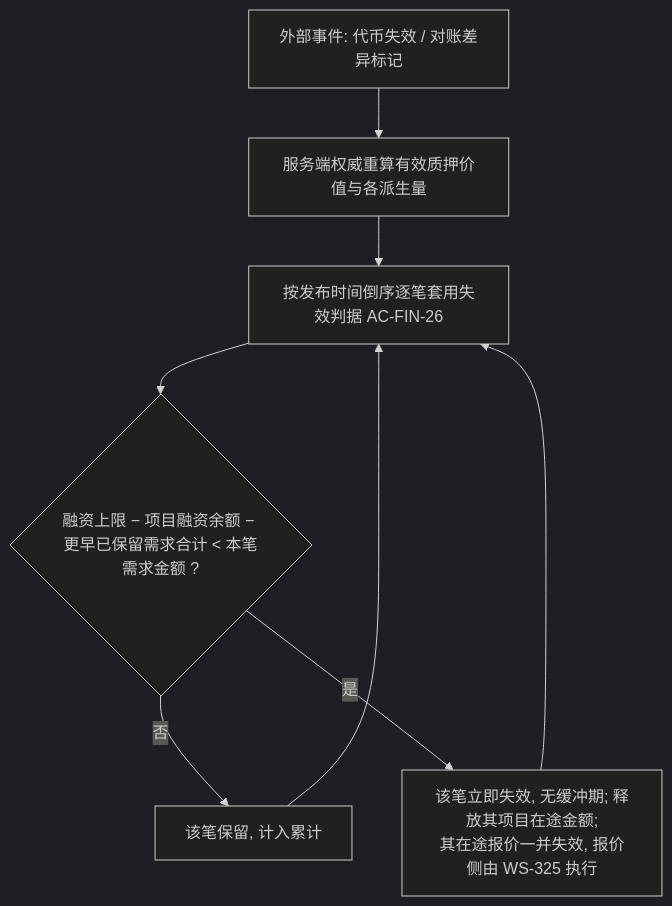
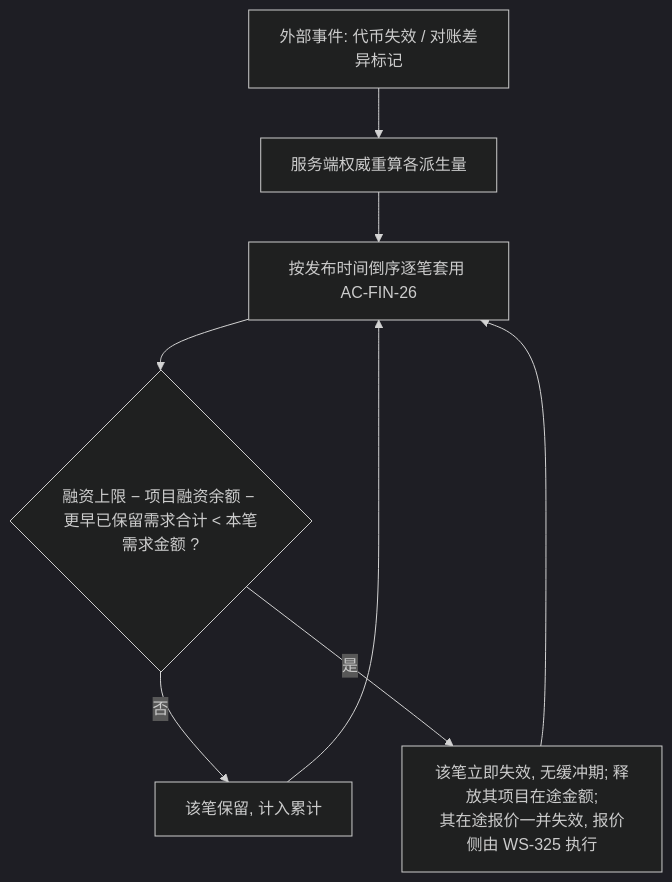
Before and after one commit to wxblockchain/Chain-Financing: the third of 4 diagrams in financial-service-platform/prd/v1.0-借贷广场-融资需求与代币质押/v1.0-借贷广场-融资需求与代币质押-PRD.md, drawn with Mermaid (dark theme). The commit also changed other lines of this file and 1 other file, not shown here.

````diff
--- a/financial-service-platform/prd/v1.0-借贷广场-融资需求与代币质押/v1.0-借贷广场-融资需求与代币质押-PRD.md
+++ b/financial-service-platform/prd/v1.0-借贷广场-融资需求与代币质押/v1.0-借贷广场-融资需求与代币质押-PRD.md
@@ -193,8 +189,7 @@
 ```mermaid
 flowchart TD
-  A[外部事件: 代币失效 / 对账差异标记] --> B[服务端权威重算有效质押价值与各派生量]
-  B --> C[按发布时间倒序逐笔套用失效判据 AC-FIN-26]
+  A[外部事件: 代币失效 / 对账差异标记] --> B[服务端权威重算各派生量] --> C[按发布时间倒序逐笔套用 AC-FIN-26]
   C --> D{融资上限 − 项目融资余额 − 更早已保留需求合计 < 本笔需求金额 ?}
   D -- 否 --> E[该笔保留, 计入累计] --> C
   D -- 是 --> F[该笔立即失效, 无缓冲期; 释放其项目在途金额;<br/>其在途报价一并失效, 报价侧由 WS-325 执行] --> C
 ```
````
